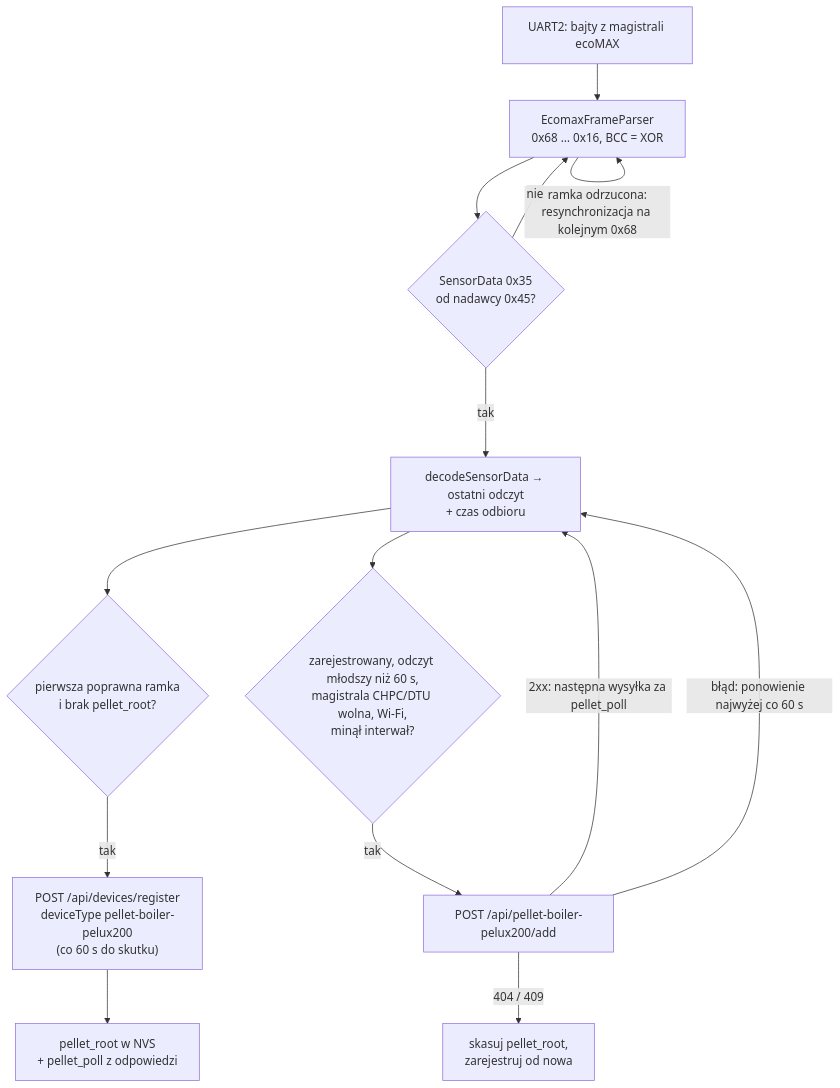
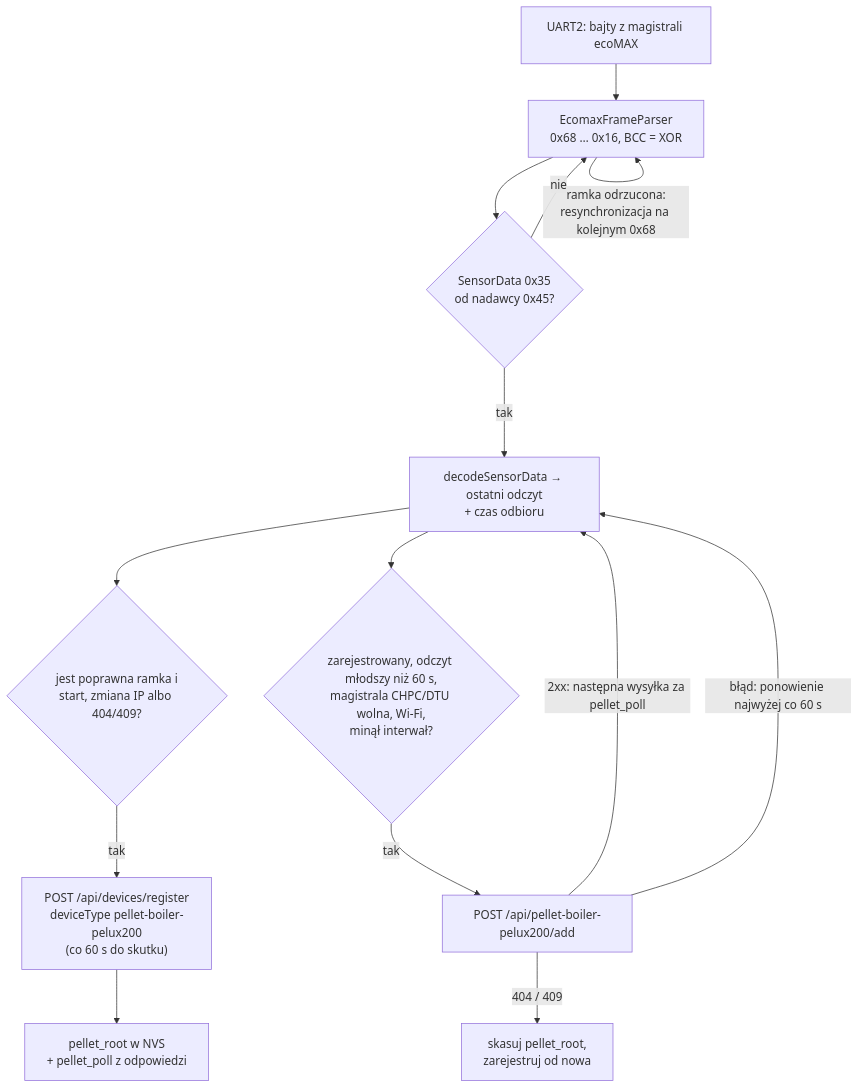
The fifth of 6 diagrams in devices/co/docs/2-zasada-dzialania.md (robertorlowski/chpc-web), drawn with Mermaid before and after one commit. The commit also changed other lines of this file and 30 other files, not shown here.

````diff
--- a/devices/co/docs/2-zasada-dzialania.md
+++ b/devices/co/docs/2-zasada-dzialania.md
@@ -113,16 +113,16 @@
 ```mermaid
 flowchart TD
     U["UART2: bajty z magistrali ecoMAX"] --> P["EcomaxFrameParser<br/>0x68 … 0x16, BCC = XOR"]
     P -- "ramka odrzucona:<br/>resynchronizacja na kolejnym 0x68" --> P
     P --> F{"SensorData 0x35<br/>od nadawcy 0x45?"}
     F -- nie --> P
     F -- tak --> D["decodeSensorData → ostatni odczyt<br/>+ czas odbioru"]
-    D --> R{"pierwsza poprawna ramka<br/>i brak pellet_root?"}
+    D --> R{"jest poprawna ramka i<br/>start, zmiana IP albo 404/409?"}
     R -- tak --> REG["POST /api/devices/register<br/>deviceType pellet-boiler-pelux200<br/>(co 60 s do skutku)"]
     REG --> S["pellet_root w NVS<br/>+ pellet_poll z odpowiedzi"]
     D --> T{"zarejestrowany, odczyt młodszy niż 60 s,<br/>magistrala CHPC/DTU wolna, Wi-Fi,<br/>minął interwał?"}
     T -- tak --> POST["POST /api/pellet-boiler-pelux200/add"]
     POST -- "2xx: następna wysyłka za pellet_poll" --> D
     POST -- "błąd: ponowienie najwyżej co 60 s" --> D
     POST -- "404 / 409" --> CL["skasuj pellet_root,<br/>zarejestruj od nowa"]
 ```
````
